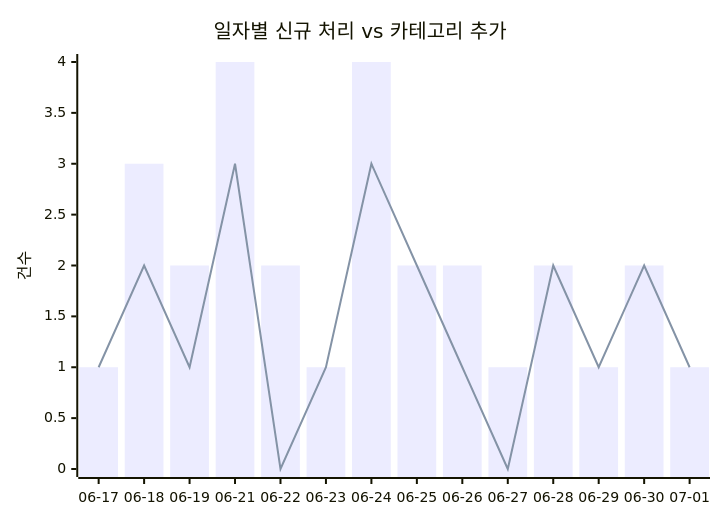
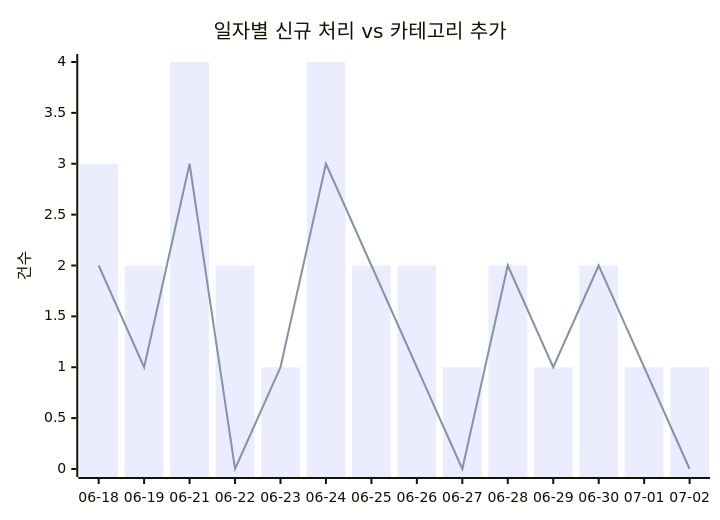
The first of 2 diagrams in docs/trends.md (J-nowcow/awesome-korean-agent-skills), drawn with Mermaid before and after one commit. The commit also changed other lines of this file and 2 other files, not shown here.

````diff
--- a/docs/trends.md
+++ b/docs/trends.md
@@ -32,8 +32,8 @@
 ```mermaid
 xychart-beta
     title "일자별 신규 처리 vs 카테고리 추가"
-    x-axis ["06-17","06-18","06-19","06-21","06-22","06-23","06-24","06-25","06-26","06-27","06-28","06-29","06-30","07-01"]
+    x-axis ["06-18","06-19","06-21","06-22","06-23","06-24","06-25","06-26","06-27","06-28","06-29","06-30","07-01","07-02"]
     y-axis "건수"
-    bar [1,3,2,4,2,1,4,2,2,1,2,1,2,1]
-    line [1,2,1,3,0,1,3,2,1,0,2,1,2,1]
+    bar [3,2,4,2,1,4,2,2,1,2,1,2,1,1]
+    line [2,1,3,0,1,3,2,1,0,2,1,2,1,0]
 ```
````
